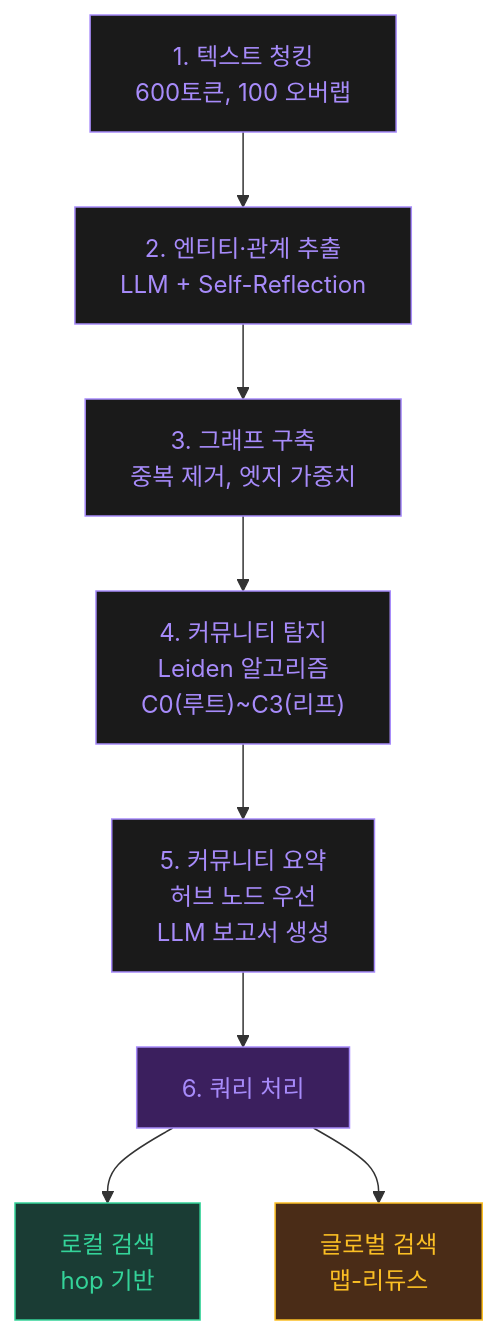
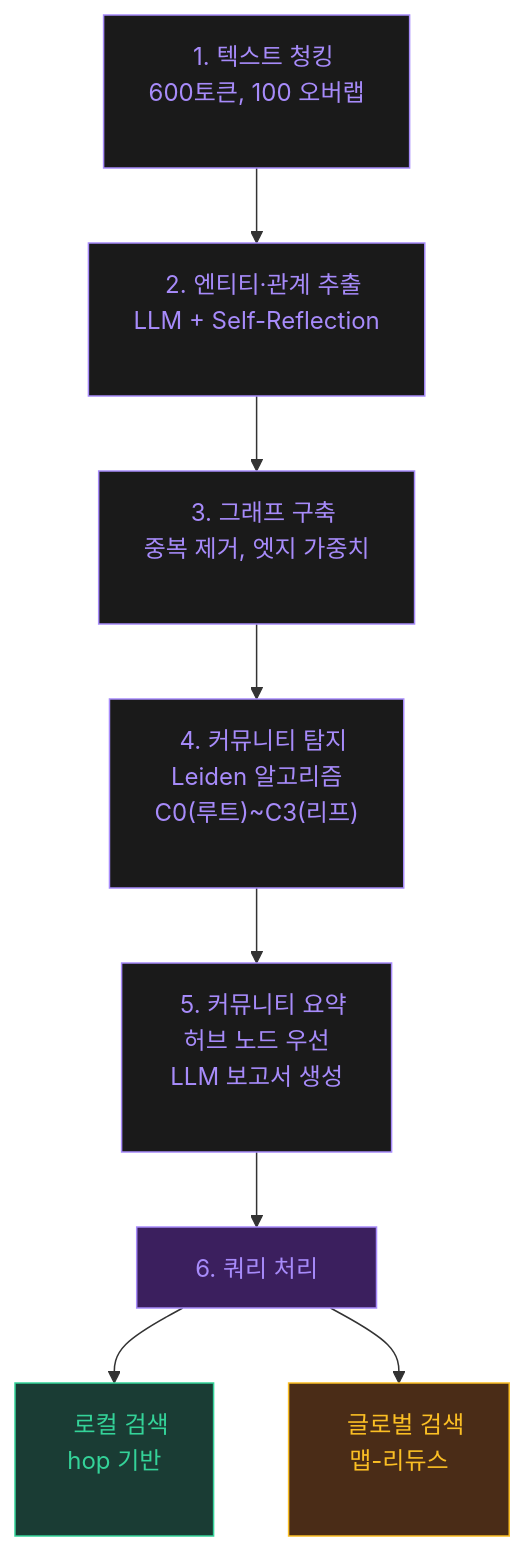
The diagram in site/core/index.md (kinkos1234/sos), drawn with Mermaid before and after one commit. The commit also changed 9 other files, not shown here.

Commit message:
style: perfect mermaid edge labels, optimize typography, fix dark mode bugs

````diff
--- a/site/core/index.md
+++ b/site/core/index.md
@@ -19,20 +19,20 @@
 ```mermaid
 graph TD
-    S1["1. 텍스트 청킹<br/>600토큰, 100 오버랩"] --> S2["2. 엔티티·관계 추출<br/>LLM + Self-Reflection"]
-    S2 --> S3["3. 그래프 구축<br/>중복 제거, 엣지 가중치"]
-    S3 --> S4["4. 커뮤니티 탐지<br/>Leiden 알고리즘<br/>C0(루트)~C3(리프)"]
-    S4 --> S5["5. 커뮤니티 요약<br/>허브 노드 우선<br/>LLM 보고서 생성"]
-    S5 --> S6["6. 쿼리 처리"]
+    S1["&nbsp;&nbsp;1. 텍스트 청킹<br/>600토큰, 100 오버랩<br/>&nbsp;&nbsp;&nbsp;"] --> S2["&nbsp;&nbsp;2. 엔티티·관계 추출<br/>LLM + Self-Reflection<br/>&nbsp;&nbsp;&nbsp;"]
+    S2 --> S3["&nbsp;&nbsp;3. 그래프 구축<br/>중복 제거, 엣지 가중치<br/>&nbsp;&nbsp;&nbsp;"]
+    S3 --> S4["&nbsp;&nbsp;4. 커뮤니티 탐지<br/>Leiden 알고리즘<br/>C0(루트)~C3(리프)<br/>&nbsp;&nbsp;&nbsp;"]
+    S4 --> S5["&nbsp;&nbsp;5. 커뮤니티 요약<br/>허브 노드 우선<br/>LLM 보고서 생성<br/>&nbsp;&nbsp;&nbsp;"]
+    S5 --> S6["&nbsp;&nbsp;6. 쿼리 처리&nbsp;&nbsp;"]
 
-    S6 --> LOCAL["로컬 검색<br/>hop 기반"]
-    S6 --> GLOBAL["글로벌 검색<br/>맵-리듀스"]
+    S6 --> LOCAL["&nbsp;&nbsp;로컬 검색<br/>hop 기반<br/>&nbsp;&nbsp;&nbsp;"]
+    S6 --> GLOBAL["&nbsp;&nbsp;글로벌 검색<br/>맵-리듀스<br/>&nbsp;&nbsp;&nbsp;"]
 
     style S1 fill:#1a1a1a,stroke:#a78bfa,color:#a78bfa
     style S2 fill:#1a1a1a,stroke:#a78bfa,color:#a78bfa
     style S3 fill:#1a1a1a,stroke:#a78bfa,color:#a78bfa
     style S4 fill:#1a1a1a,stroke:#a78bfa,color:#a78bfa
     style S5 fill:#1a1a1a,stroke:#a78bfa,color:#a78bfa
     style S6 fill:#3b1f5e,stroke:#a78bfa,color:#a78bfa
     style LOCAL fill:#1a3c34,stroke:#34d399,color:#34d399
     style GLOBAL fill:#4a2c17,stroke:#fbbf24,color:#fbbf24
 ```
````
